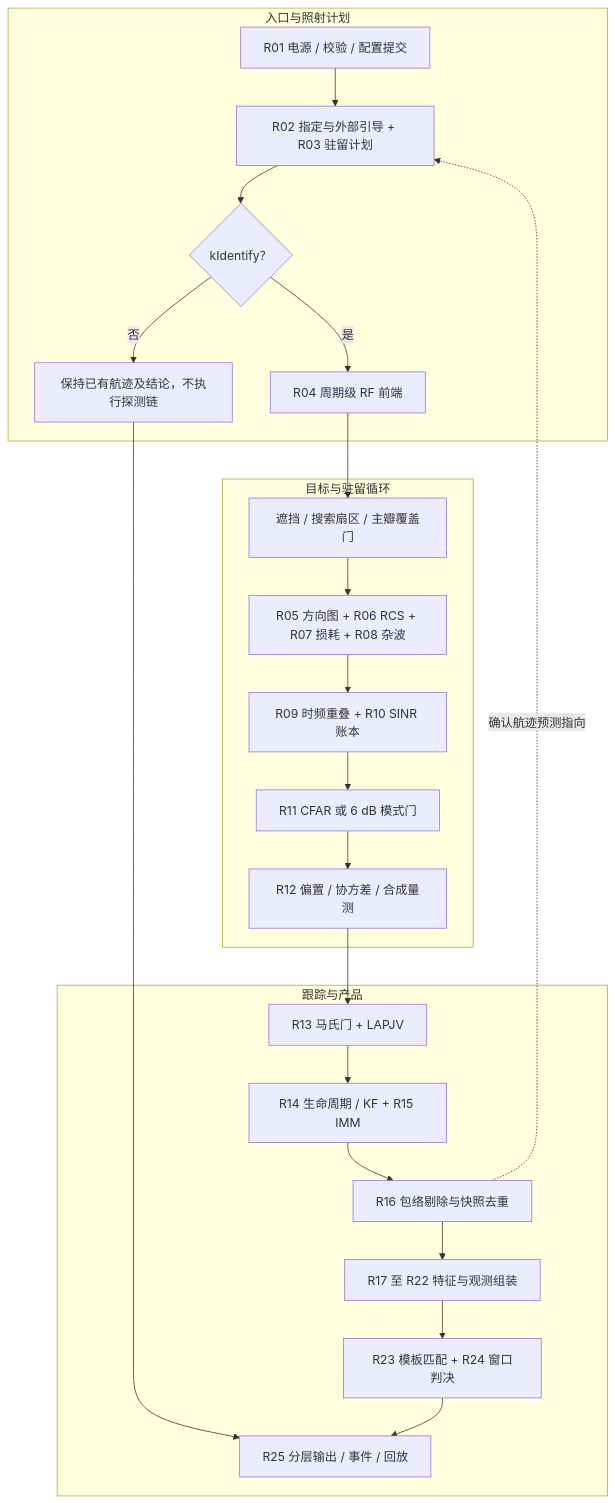
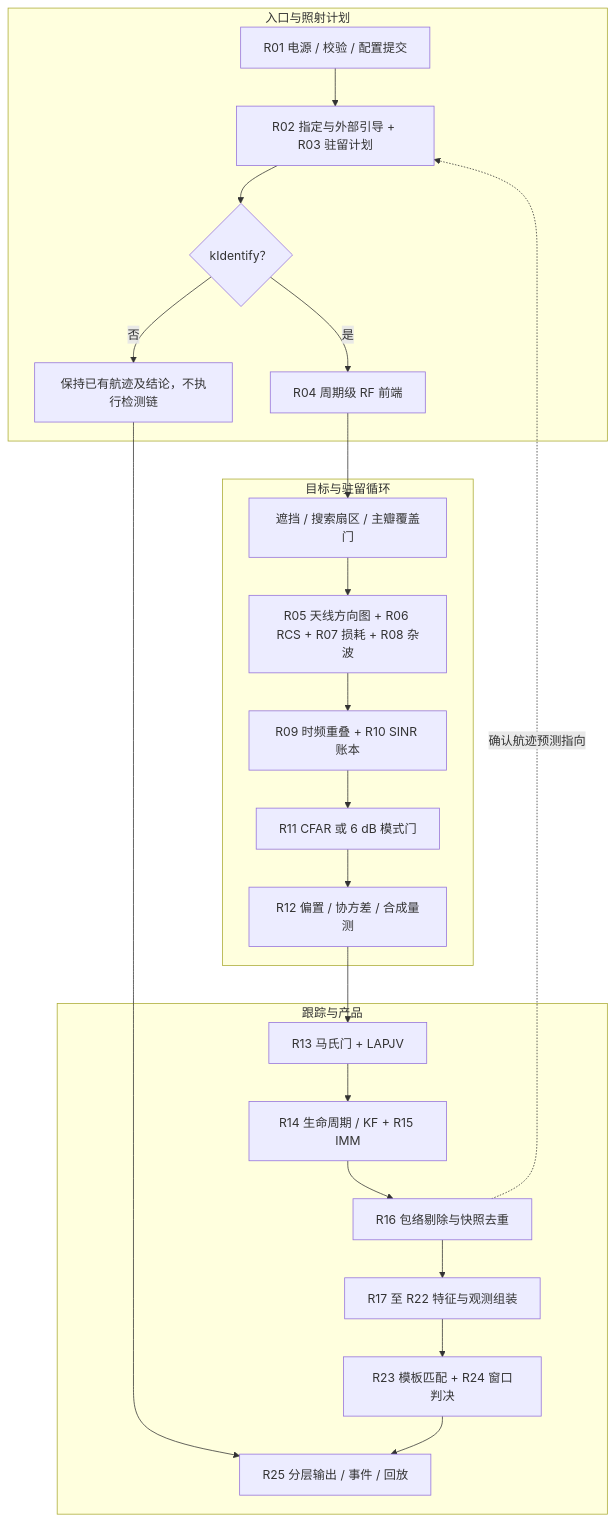
One commit to Sigmar006/TC_Model changed the second of 2 diagrams in docs/detection_pipeline_simple.md. Above: the diagram before and after it, drawn with Mermaid. The commit also changed other lines of this file, not shown here.

````diff
--- a/docs/detection_pipeline_simple.md
+++ b/docs/detection_pipeline_simple.md
@@ -81,28 +83,28 @@
 ```mermaid
 flowchart TB
-    accTitle: RIR 探测跟踪识别流程
+    accTitle: RIR 检测跟踪识别流程
     accDescr: 展示周期准入、驻留规划、射频与检测单元、量测关联滤波和四维特征识别，标出跟踪反馈。
     subgraph rir_prepare ["入口与照射计划"]
         r_entry["R01 电源 / 校验 / 配置提交"] --> r_plan["R02 指定与外部引导 + R03 驻留计划"]
         r_plan --> r_mode{"kIdentify？"}
-        r_mode -->|否| r_hold["保持已有航迹及结论，不执行探测链"]
+        r_mode -->|否| r_hold["保持已有航迹及结论，不执行检测链"]
         r_mode -->|是| r_rf["R04 周期级 RF 前端"]
     end
     subgraph rir_detect ["目标与驻留循环"]
         r_rf --> r_candidates["遮挡 / 搜索扇区 / 主瓣覆盖门"]
-        r_candidates --> r_physics["R05 方向图 + R06 RCS + R07 损耗 + R08 杂波"]
+        r_candidates --> r_physics["R05 天线方向图 + R06 RCS + R07 损耗 + R08 杂波"]
         r_physics --> r_cell["R09 时频重叠 + R10 SINR 账本"]
         r_cell --> r_decision["R11 CFAR 或 6 dB 模式门"]
         r_decision --> r_measure["R12 偏置 / 协方差 / 合成量测"]
     end
     subgraph rir_track ["跟踪与产品"]
         r_measure --> r_assoc["R13 马氏门 + LAPJV"]
         r_assoc --> r_filter["R14 生命周期 / KF + R15 IMM"]
         r_filter --> r_gate["R16 包络剔除与快照去重"]
         r_gate -.->|确认航迹预测指向| r_plan
         r_gate --> r_features["R17 至 R22 特征与观测组装"]
         r_features --> r_match["R23 模板匹配 + R24 窗口判决"]
         r_match --> r_output["R25 分层输出 / 事件 / 回放"]
         r_hold --> r_output
     end
 ```
````
